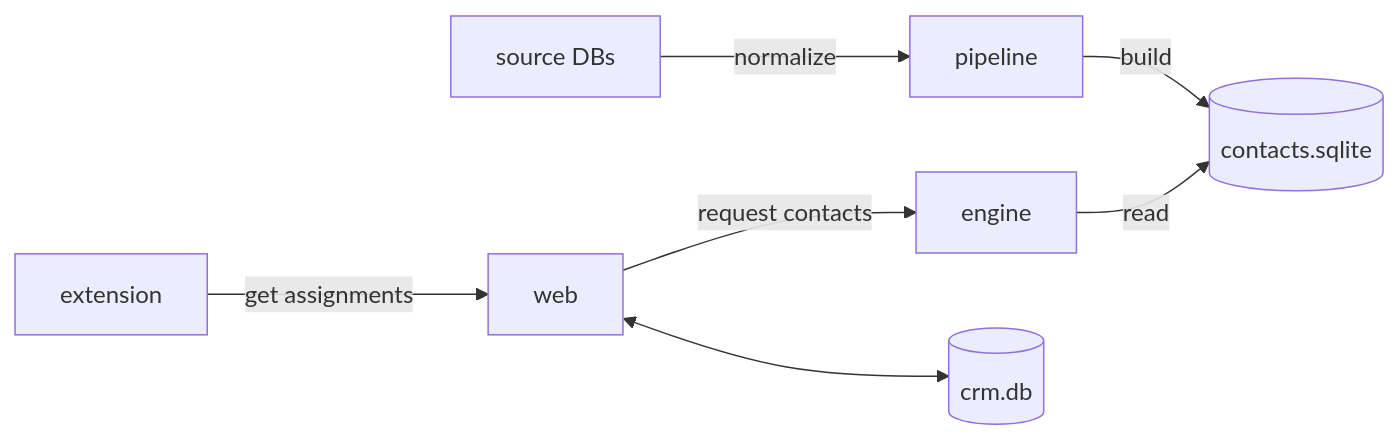
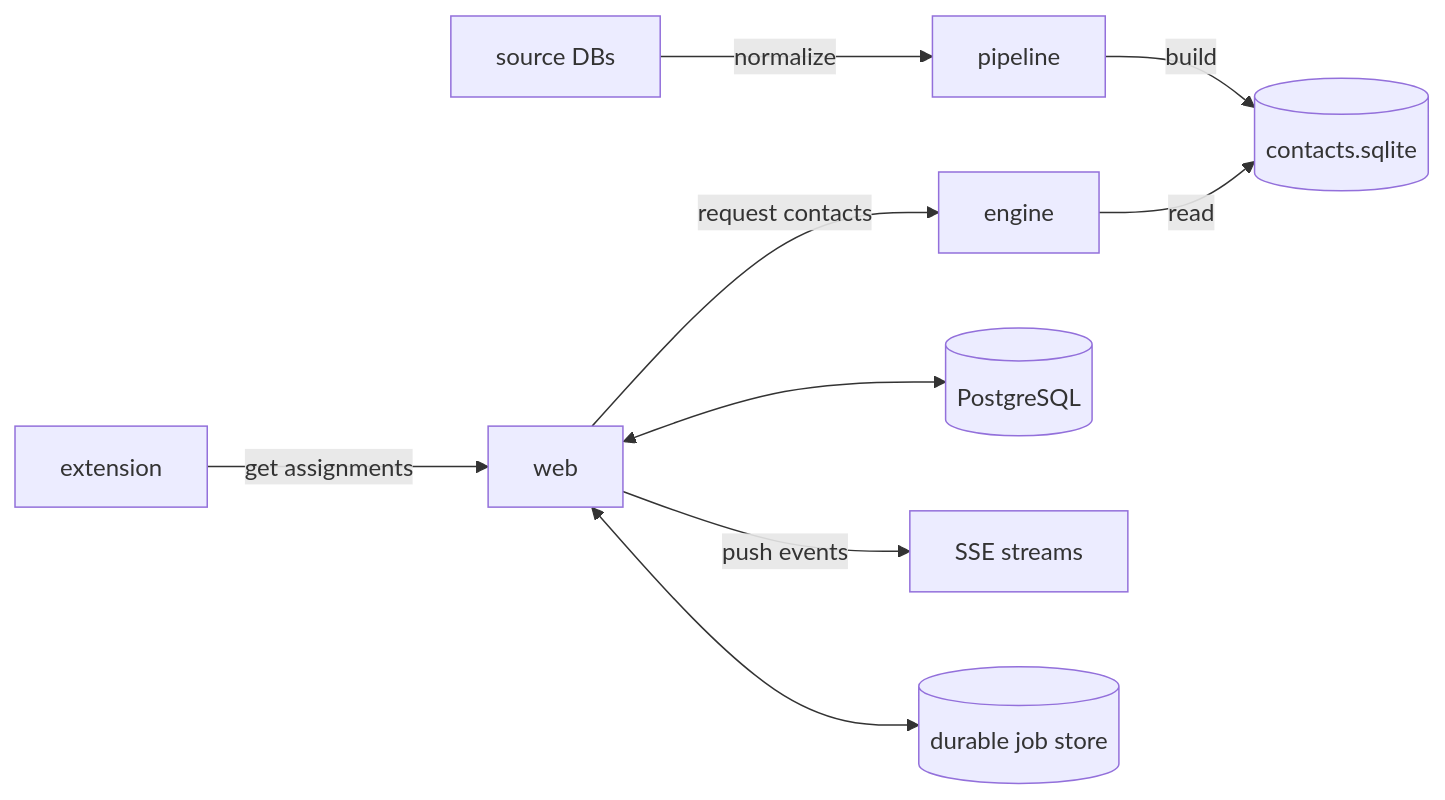
The diagram in readme.md (onechannelpe/crm), drawn with Mermaid before and after one commit. The commit also changed other lines of this file and 1 other file, not shown here.

````diff
--- a/readme.md
+++ b/readme.md
@@ -23,14 +23,16 @@
 ```mermaid
 flowchart LR
     src[source DBs] -->|normalize| pipe[pipeline]
     pipe -->|build| contacts[(contacts.sqlite)]
     engine[engine] -->|read| contacts
     web[web] -->|request contacts| engine
-    web <--> appdb[(crm.db)]
+    web <--> appdb[(PostgreSQL)]
+    web -->|push events| sse[SSE streams]
+    web <--> jobq[(durable job store)]
     ext[extension] -->|get assignments| web
 
     click pipe "https://github.com/onechannelpe/crm/tree/master/crates/pipeline"
     click engine "https://github.com/onechannelpe/crm/tree/master/crates/engine"
     click web "https://github.com/onechannelpe/crm/tree/master/apps/web"
     click ext "https://github.com/onechannelpe/crm/tree/master/apps/extension"
 ```
````
